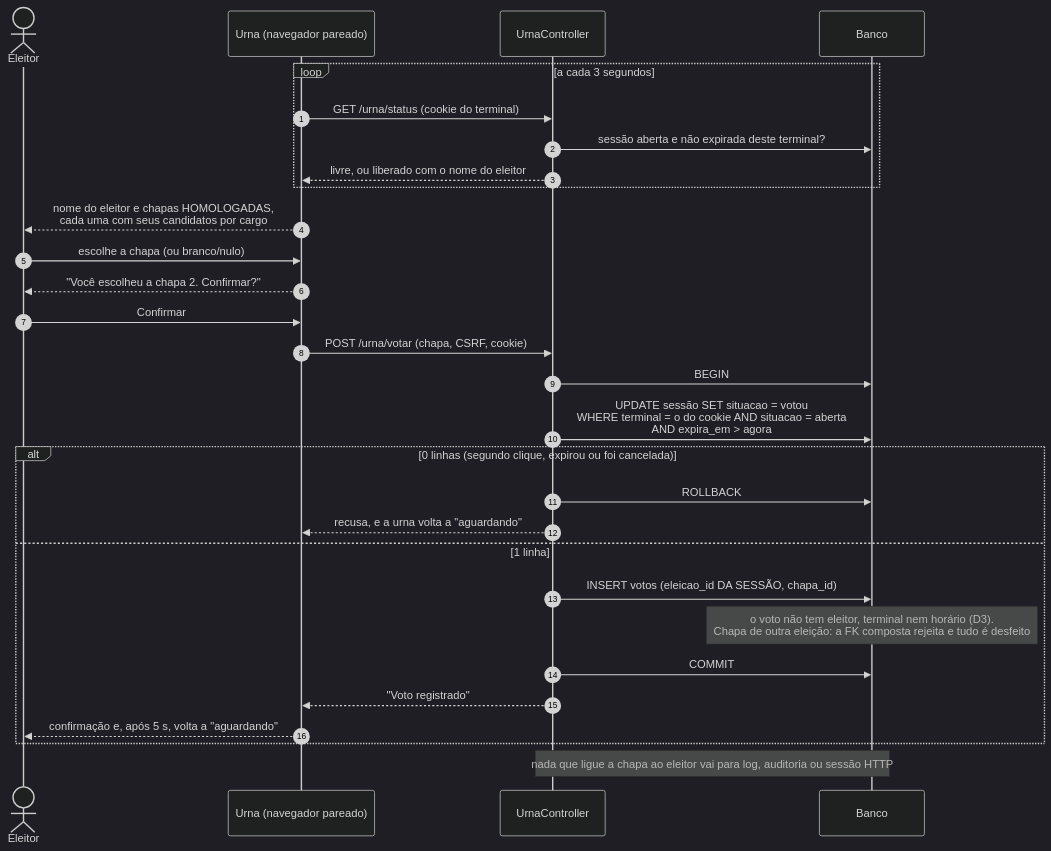
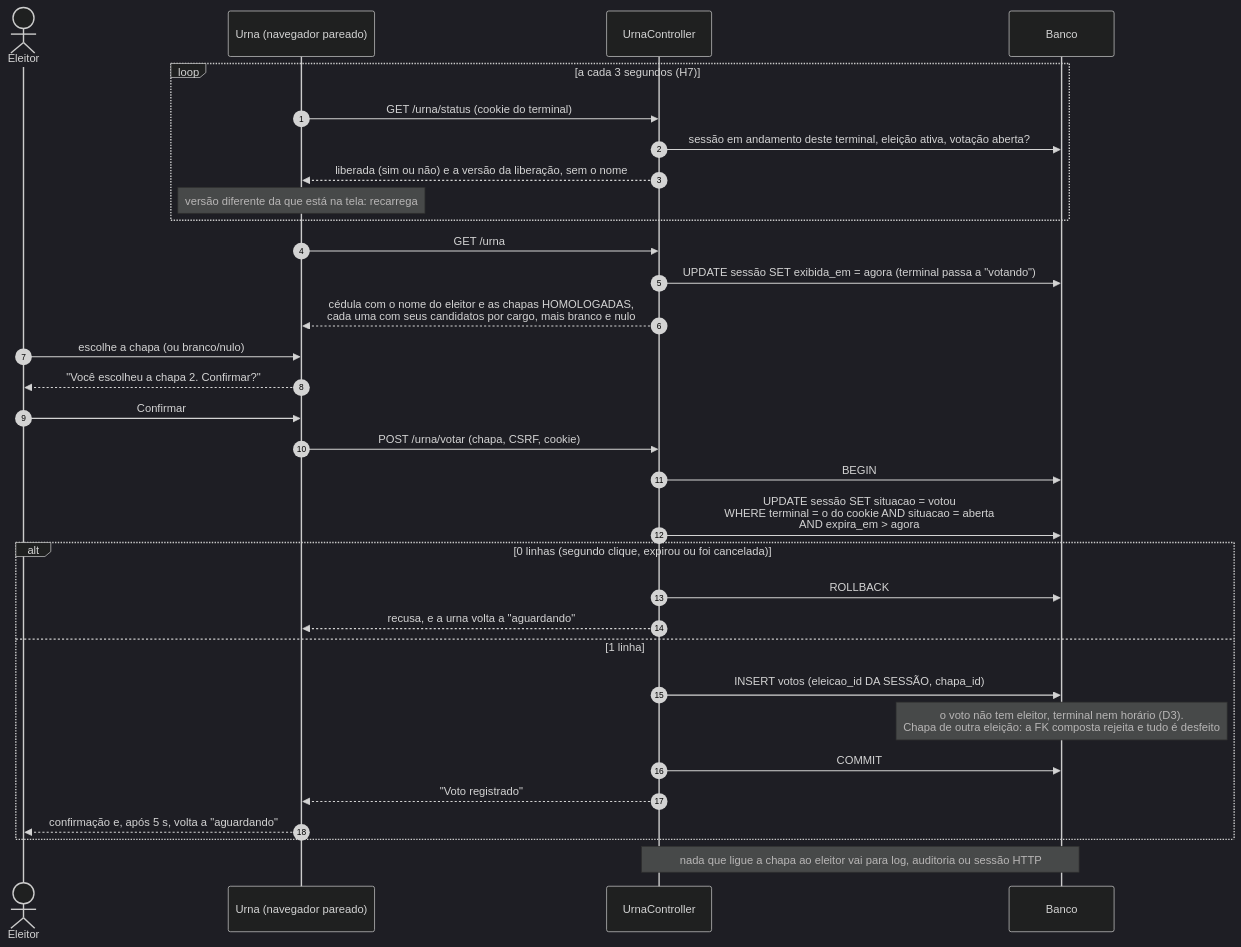
Before and after one commit to prof-ronildo-unicatolica/votacao-digitech: the tenth of 10 diagrams in docs/DIAGRAMAS.md, drawn with Mermaid (dark theme). The commit also changed other lines of this file and 16 other files, not shown here.

First line of the commit message:
feat: urna aguarda a liberação e mostra a cédula (H7, D23)

````diff
--- a/docs/DIAGRAMAS.md
+++ b/docs/DIAGRAMAS.md
@@ -416,32 +416,35 @@
 ```mermaid
 sequenceDiagram
     autonumber
     actor E as Eleitor
     participant N as Urna (navegador pareado)
     participant U as UrnaController
     participant DB as Banco
 
-    loop a cada 3 segundos
+    loop a cada 3 segundos (H7)
         N->>U: GET /urna/status (cookie do terminal)
-        U->>DB: sessão aberta e não expirada deste terminal?
-        U-->>N: livre, ou liberado com o nome do eleitor
+        U->>DB: sessão em andamento deste terminal, eleição ativa, votação aberta?
+        U-->>N: liberada (sim ou não) e a versão da liberação, sem o nome
+        Note over N: versão diferente da que está na tela: recarrega
     end
-    N-->>E: nome do eleitor e chapas HOMOLOGADAS,<br/>cada uma com seus candidatos por cargo
+    N->>U: GET /urna
+    U->>DB: UPDATE sessão SET exibida_em = agora (terminal passa a "votando")
+    U-->>N: cédula com o nome do eleitor e as chapas HOMOLOGADAS,<br/>cada uma com seus candidatos por cargo, mais branco e nulo
     E->>N: escolhe a chapa (ou branco/nulo)
     N-->>E: "Você escolheu a chapa 2. Confirmar?"
     E->>N: Confirmar
     N->>U: POST /urna/votar (chapa, CSRF, cookie)
     U->>DB: BEGIN
     U->>DB: UPDATE sessão SET situacao = votou<br/>WHERE terminal = o do cookie AND situacao = aberta<br/>AND expira_em > agora
     alt 0 linhas (segundo clique, expirou ou foi cancelada)
         U->>DB: ROLLBACK
         U-->>N: recusa, e a urna volta a "aguardando"
     else 1 linha
         U->>DB: INSERT votos (eleicao_id DA SESSÃO, chapa_id)
         Note over DB: o voto não tem eleitor, terminal nem horário (D3).<br/>Chapa de outra eleição: a FK composta rejeita e tudo é desfeito
         U->>DB: COMMIT
         U-->>N: "Voto registrado"
         N-->>E: confirmação e, após 5 s, volta a "aguardando"
     end
     Note over U,DB: nada que ligue a chapa ao eleitor vai para log, auditoria ou sessão HTTP
 ```
````
